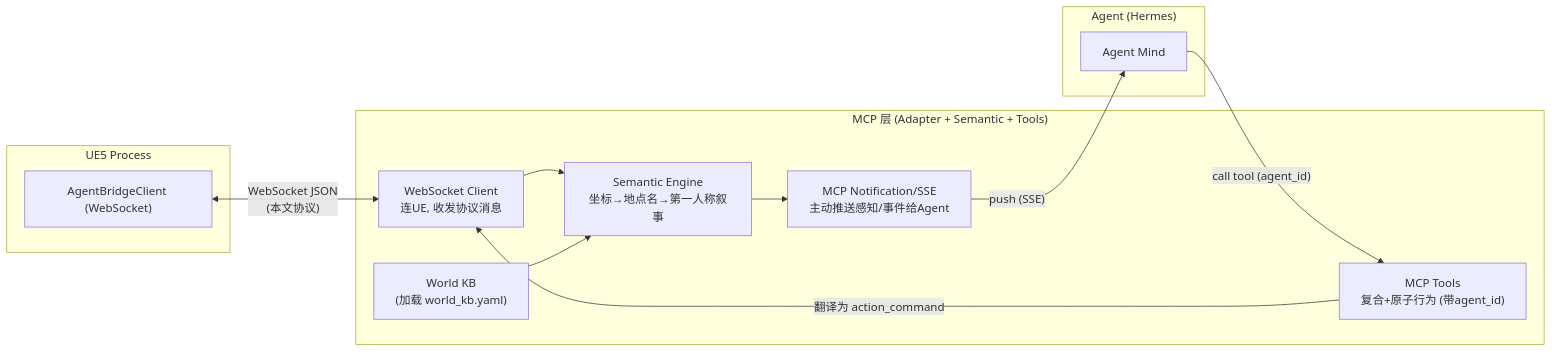
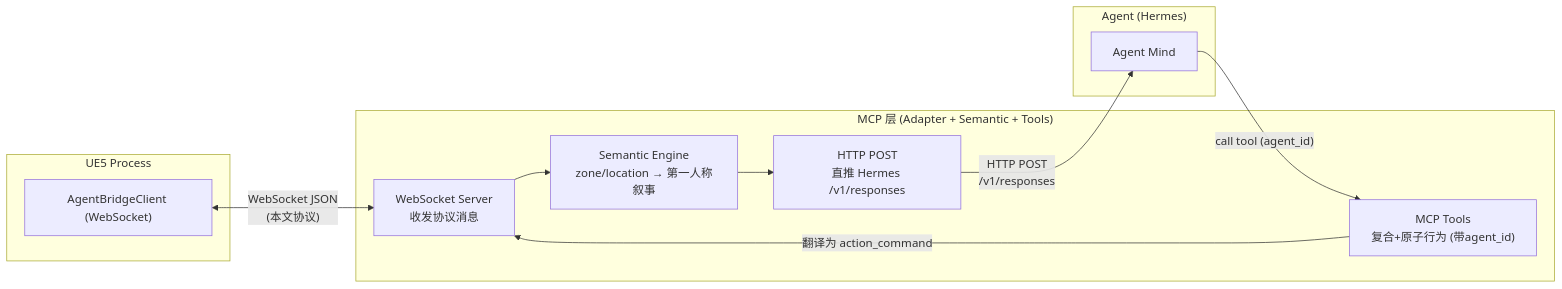
Before and after one commit to yitian-chen/SmartNPC: diagram 11 of 11 in docs/AgentTown_CommProtocol_Values.md, drawn with Mermaid. The commit also changed other lines of this file, not shown here.

````diff
--- a/docs/AgentTown_CommProtocol_Values.md
+++ b/docs/AgentTown_CommProtocol_Values.md
@@ -981,24 +989,22 @@
 ```mermaid
 graph LR
     subgraph UE["UE5 Process"]
         WSC["AgentBridgeClient (WebSocket)"]
     end
     subgraph MCP["MCP 层 (Adapter + Semantic + Tools)"]
-        WSS["WebSocket Client<br/>连UE, 收发协议消息"]
-        KB["World KB<br/>(加载 world_kb.yaml)"]
-        SEM["Semantic Engine<br/>坐标→地点名→第一人称叙事"]
-        NOTIFY["MCP Notification/SSE<br/>主动推送感知/事件给Agent"]
+        WSS["WebSocket Server<br/>收发协议消息"]
+        SEM["Semantic Engine<br/>zone/location → 第一人称叙事"]
+        PUSH["HTTP POST<br/>直推 Hermes /v1/responses"]
         TOOLS["MCP Tools<br/>复合+原子行为 (带agent_id)"]
     end
     subgraph AG["Agent (Hermes)"]
         MIND["Agent Mind"]
     end
 
     WSC <-->|"WebSocket JSON<br/>(本文协议)"| WSS
     WSS --> SEM
-    KB --> SEM
-    SEM --> NOTIFY
-    NOTIFY -->|"push (SSE)"| MIND
+    SEM --> PUSH
+    PUSH -->|"HTTP POST<br/>/v1/responses"| MIND
     MIND -->|"call tool (agent_id)"| TOOLS
     TOOLS -->|"翻译为 action_command"| WSS
 ```
````
